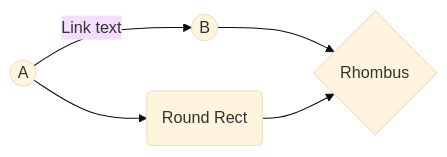
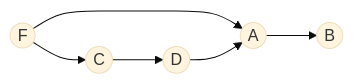
The diagram in Bases de données II.md (LifelongNovember/Cours), drawn with Mermaid (base theme) before and after one commit. The commit also changed other lines of this file, not shown here.

Commit message:
Bases de données II.md updated from https://stackedit.io/

````diff
--- a/Bases de données II.md
+++ b/Bases de données II.md
@@ -40,7 +40,8 @@
 ```mermaid
 graph LR
-A((A)) -- Link text --> B((B))
-A --> C(Round Rect)
-B --> D{Rhombus}
-C --> D
+A((A)) -->B((B))
+F((F)) --> A
+D((D)) --> A
+C((C)) --> D
+F --> C
 ```
````
